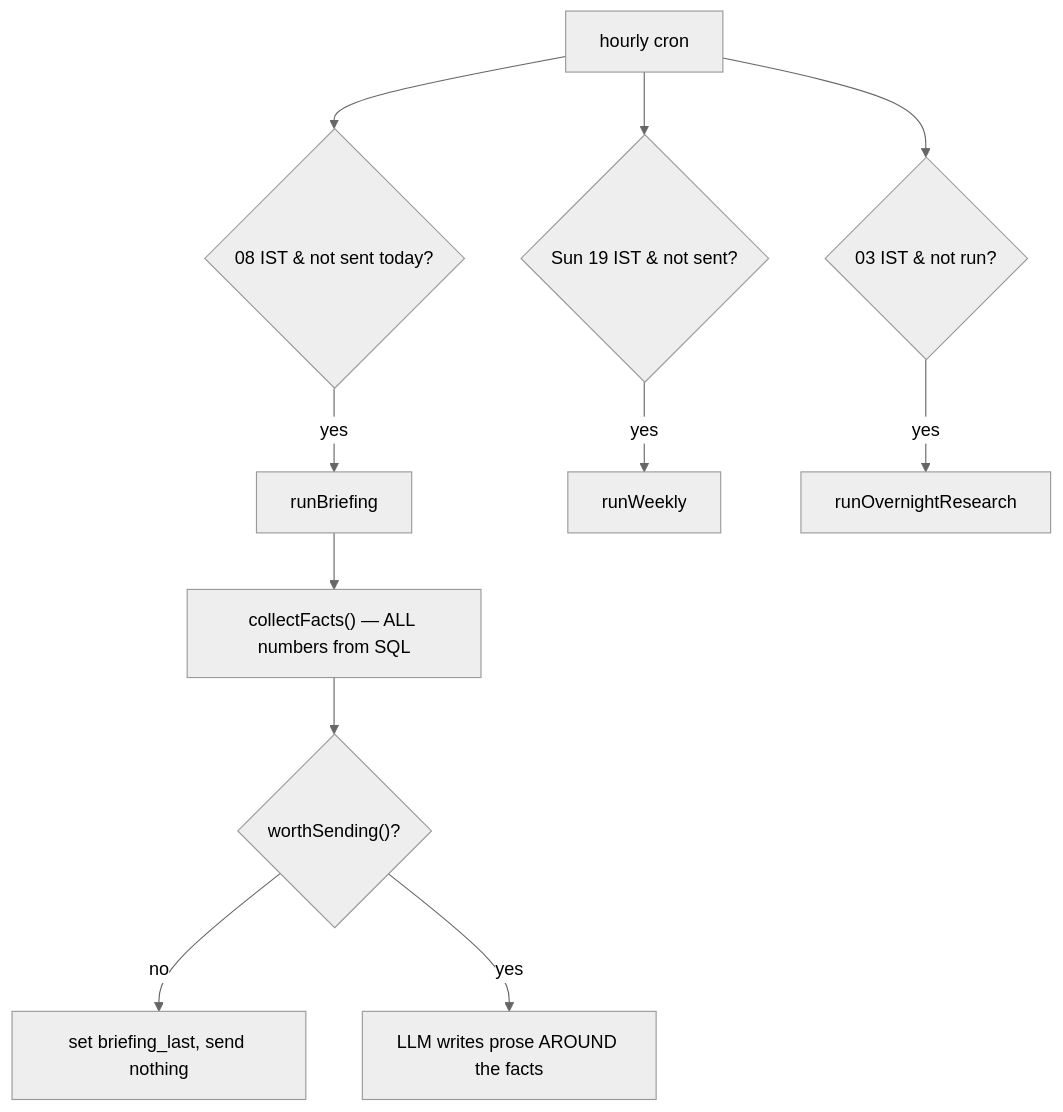
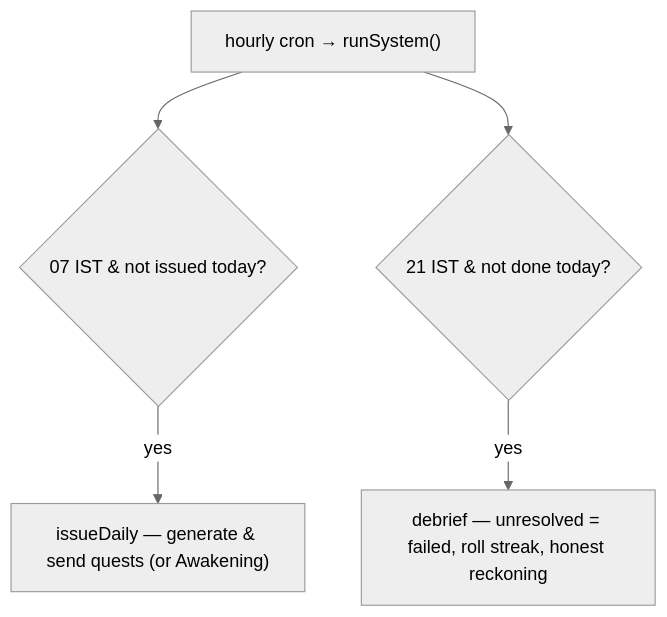
One commit to saquibjawedbit/grabber changed the third of 5 diagrams in docs/07-senses-life-initiative.md. Above: the diagram before and after it, drawn with Mermaid (neutral theme). The commit also changed other lines of this file and 25 other files, not shown here.

````diff
--- a/docs/07-senses-life-initiative.md
+++ b/docs/07-senses-life-initiative.md
@@ -103,13 +105,7 @@
 ```mermaid
 flowchart TB
-  cron["hourly cron"] --> b{"08 IST & not sent today?"}
-  b -->|yes| brief["runBriefing"]
-  cron --> w{"Sun 19 IST & not sent?"}
-  w -->|yes| weekly["runWeekly"]
-  cron --> o{"03 IST & not run?"}
-  o -->|yes| over["runOvernightResearch"]
-  brief --> facts["collectFacts() — ALL numbers from SQL"]
-  facts --> worth{"worthSending()?"}
-  worth -->|no| silent["set briefing_last, send nothing"]
-  worth -->|yes| llm["LLM writes prose AROUND the facts"]
+  cron["hourly cron → runSystem()"] --> i{"07 IST & not issued today?"}
+  i -->|yes| issue["issueDaily — generate & send quests (or Awakening)"]
+  cron --> d{"21 IST & not done today?"}
+  d -->|yes| reck["debrief — unresolved = failed, roll streak, honest reckoning"]
 ```
````
